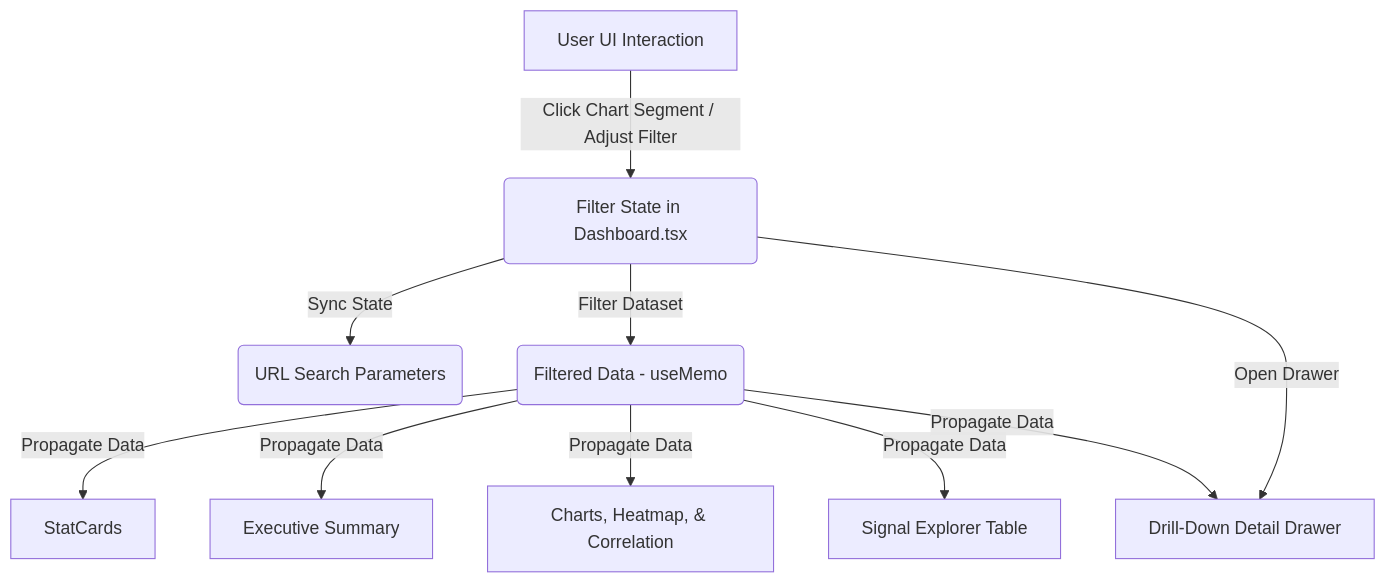
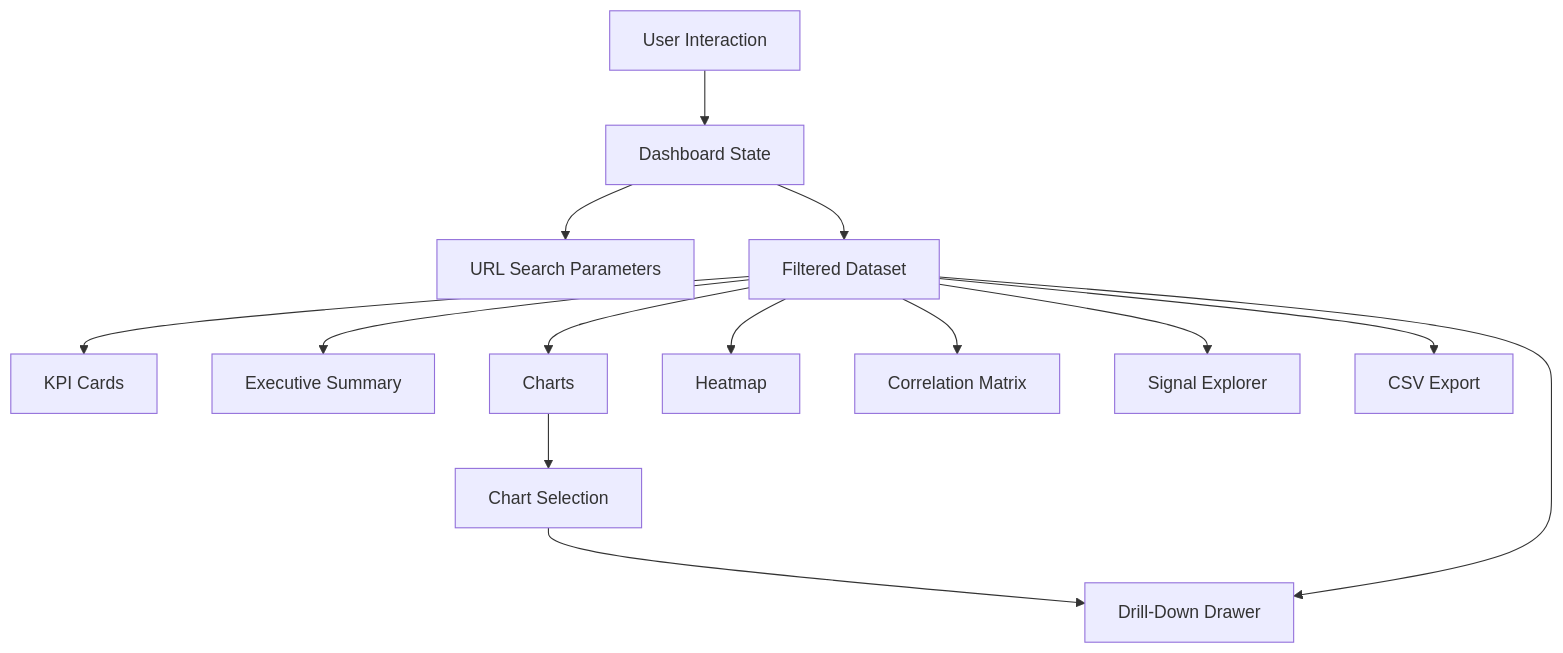
The first of 2 diagrams in README.md (Tanmay24-ya/Visualization_Dashboard), drawn with Mermaid before and after one commit. The commit also changed other lines of this file and 6 other files, not shown here.

````diff
--- a/README.md
+++ b/README.md
@@ -49,12 +748,21 @@
 ```mermaid
 graph TD
-    A[User UI Interaction] -->|Click Chart Segment / Adjust Filter| B(Filter State in Dashboard.tsx)
-    B -->|Sync State| C(URL Search Parameters)
-    B -->|Filter Dataset| D(Filtered Data - useMemo)
-    D -->|Propagate Data| E[StatCards]
-    D -->|Propagate Data| F[Executive Summary]
-    D -->|Propagate Data| G[Charts, Heatmap, & Correlation]
-    D -->|Propagate Data| H[Signal Explorer Table]
-    B -->|Open Drawer| I[Drill-Down Detail Drawer]
-    D -->|Propagate Data| I
+    A[User Interaction] --> B[Dashboard State]
+
+    B --> C[URL Search Parameters]
+
+    B --> D[Filtered Dataset]
+
+    D --> E[KPI Cards]
+    D --> F[Executive Summary]
+    D --> G[Charts]
+    D --> H[Heatmap]
+    D --> I[Correlation Matrix]
+    D --> J[Signal Explorer]
+    D --> K[CSV Export]
+
+    G --> L[Chart Selection]
+    L --> M[Drill-Down Drawer]
+
+    D --> M
 ```
````
